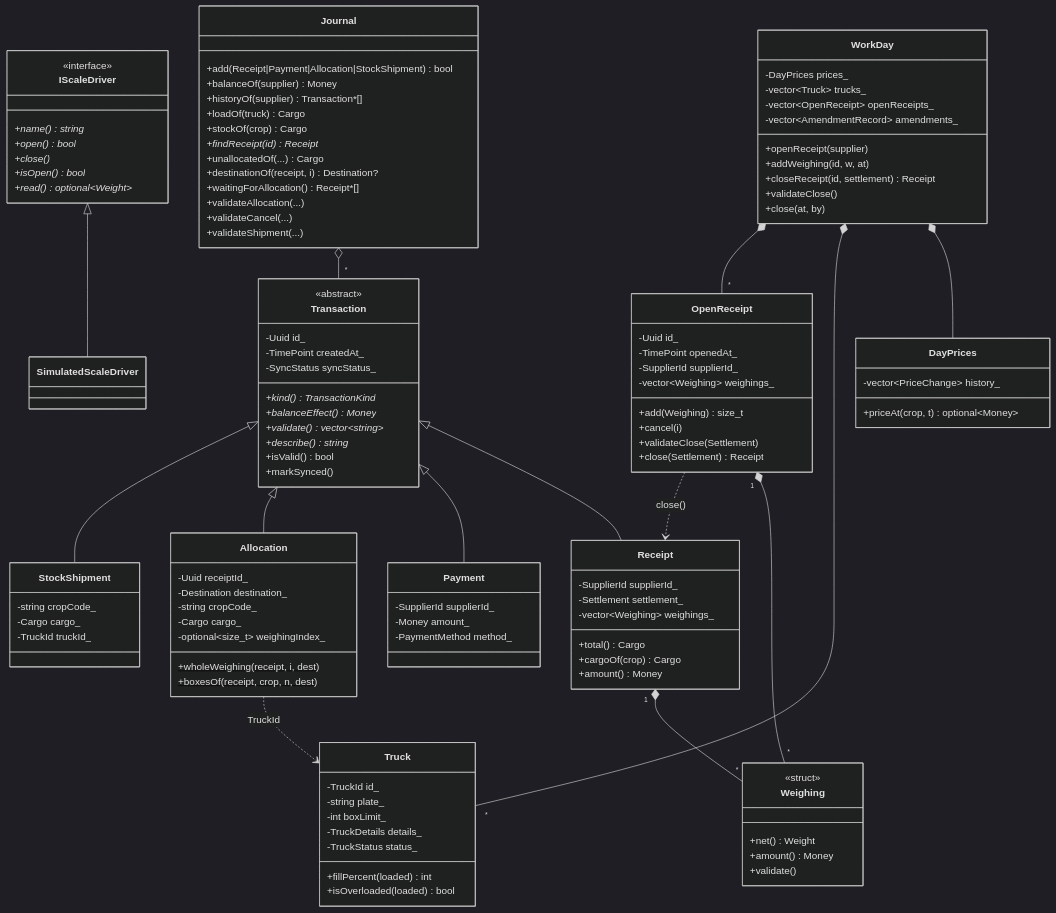
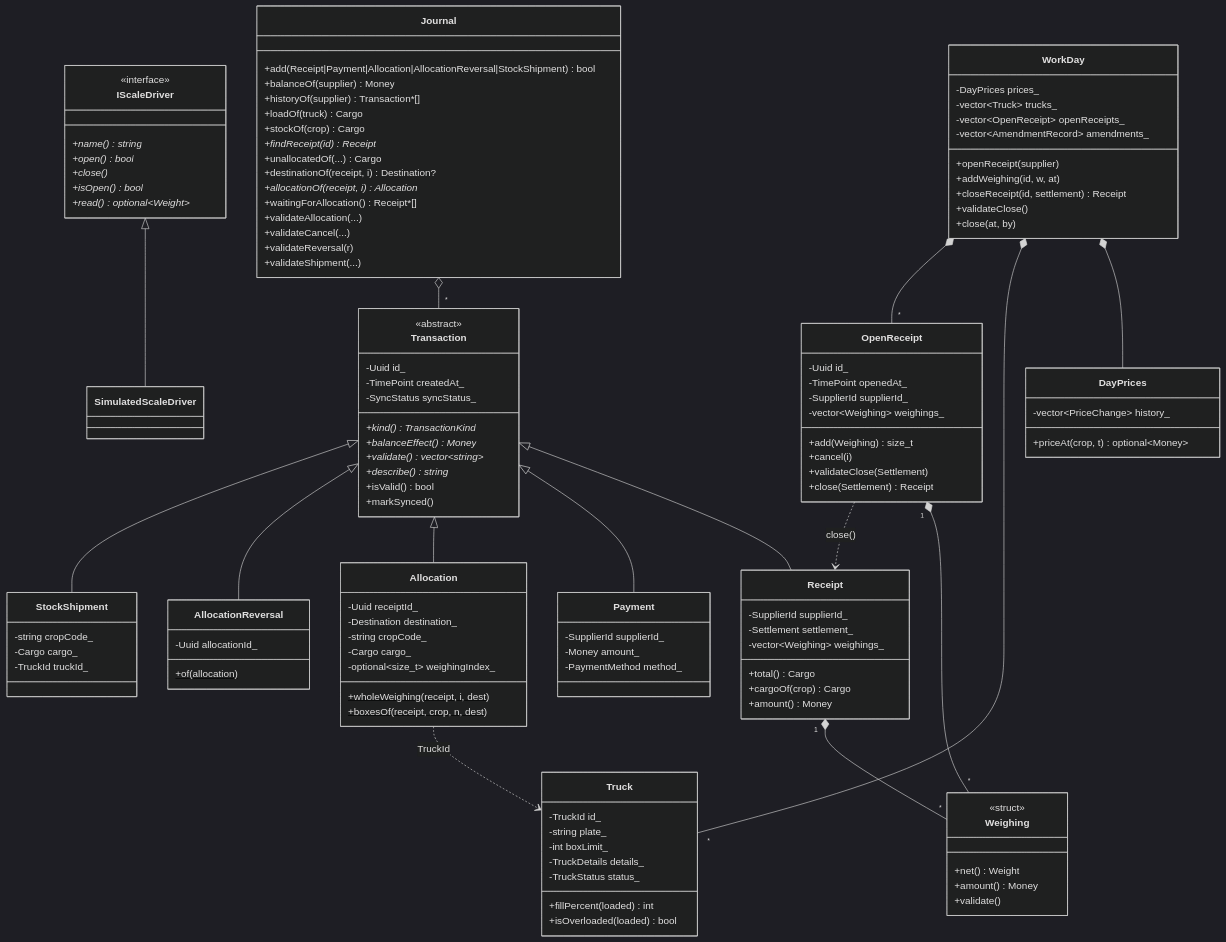
One commit to IsNazarii/Berry-WMS-Terminal changed the first of 3 diagrams in docs/domain.md. Above: the diagram before and after it, drawn with Mermaid (dark theme). The commit also changed other lines of this file and 8 other files, not shown here.

```diff
--- a/docs/domain.md
+++ b/docs/domain.md
@@ -83,6 +84,10 @@
         +wholeWeighing(receipt, i, dest)$
         +boxesOf(receipt, crop, n, dest)$
     }
+    class AllocationReversal {
+        -Uuid allocationId_
+        +of(allocation)$
+    }
     class StockShipment {
         -string cropCode_
         -Cargo cargo_
@@ -91,6 +96,7 @@
     Transaction <|-- Receipt
     Transaction <|-- Payment
     Transaction <|-- Allocation
+    Transaction <|-- AllocationReversal
     Transaction <|-- StockShipment
 
     class IScaleDriver {
@@ -121,7 +127,7 @@
         +validate()
     }
     class Journal {
-        +add(Receipt|Payment|Allocation|StockShipment) bool
+        +add(Receipt|Payment|Allocation|AllocationReversal|StockShipment) bool
         +balanceOf(supplier) Money
         +historyOf(supplier) Transaction*[]
         +loadOf(truck) Cargo
@@ -129,9 +135,11 @@
         +findReceipt(id) Receipt*
         +unallocatedOf(...) Cargo
         +destinationOf(receipt, i) Destination?
+        +allocationOf(receipt, i) Allocation*
         +waitingForAllocation() Receipt*[]
         +validateAllocation(...)
         +validateCancel(...)
+        +validateReversal(r)
         +validateShipment(...)
     }
     class WorkDay {
```
